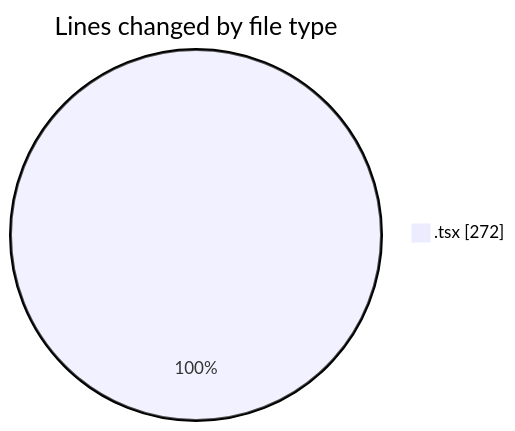
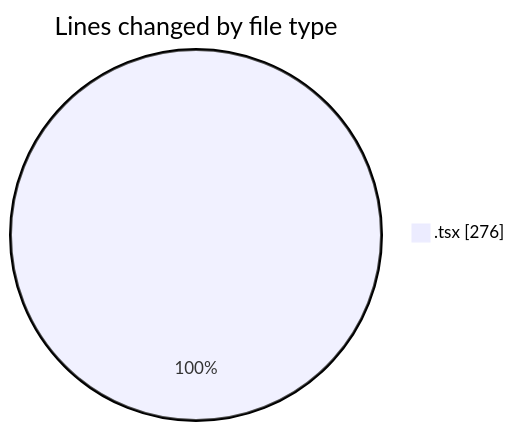
The first of 2 diagrams in 2025-06-12/cda/README.md (momahboobian/code-tracking), drawn with Mermaid before and after one commit. The commit also changed other lines of this file and 1 other file, not shown here.

````diff
--- a/2025-06-12/cda/README.md
+++ b/2025-06-12/cda/README.md
@@ -20,5 +20,5 @@
 ```mermaid
 pie showData
 title Lines changed by file type
-".tsx" : 272
+".tsx" : 276
 ```
````
